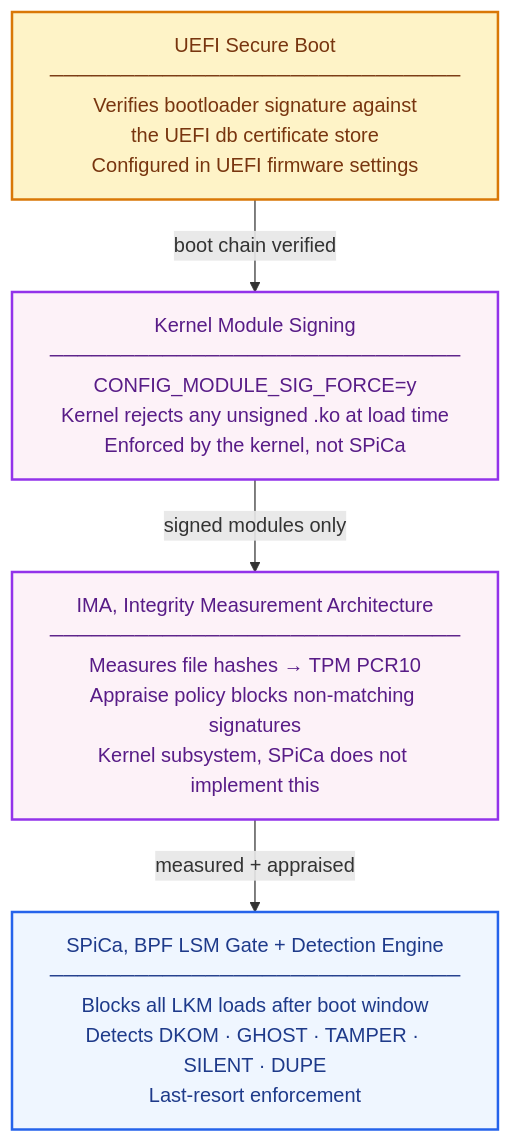
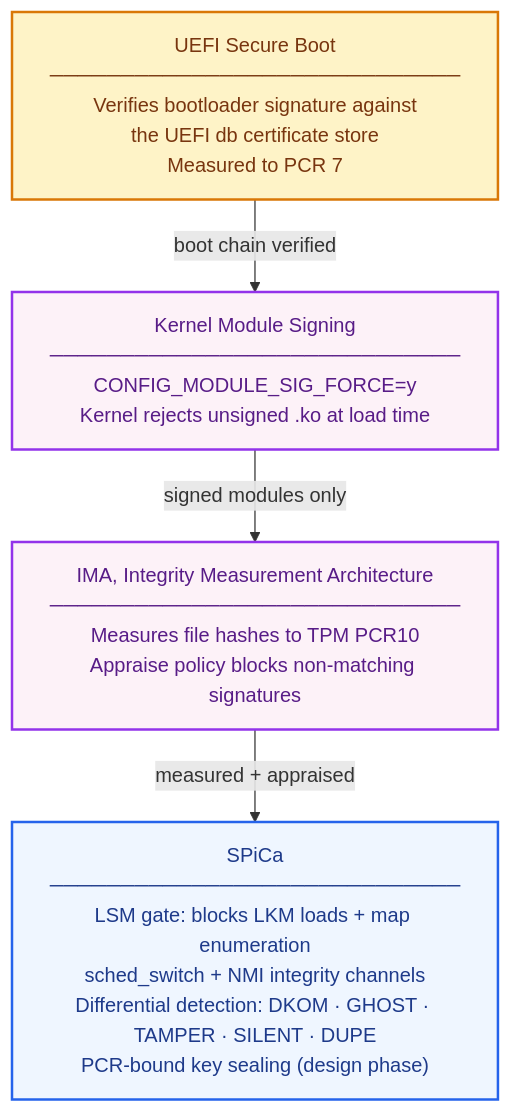
Before and after one commit to 0xKirisame/SPiCa: the second of 2 diagrams in README.md, drawn with Mermaid. The commit also changed other lines of this file and 6 other files, not shown here.

First line of the commit message:
NMI redesign: observation channel → .bss heartbeat integrity checker

````diff
--- a/README.md
+++ b/README.md
@@ -165,18 +447,18 @@
 ```mermaid
 flowchart TD
-    SB["UEFI Secure Boot<br/>─────────────────────────────<br/>Verifies bootloader signature against<br/>the UEFI db certificate store<br/>Configured in UEFI firmware settings"]
-    MS["Kernel Module Signing<br/>─────────────────────────────<br/>CONFIG_MODULE_SIG_FORCE=y<br/>Kernel rejects any unsigned .ko at load time<br/>Enforced by the kernel, not SPiCa"]
-    IMA["IMA, Integrity Measurement Architecture<br/>─────────────────────────────<br/>Measures file hashes → TPM PCR10<br/>Appraise policy blocks non-matching signatures<br/>Kernel subsystem, SPiCa does not implement this"]
-    SPICA["SPiCa, BPF LSM Gate + Detection Engine<br/>─────────────────────────────<br/>Blocks all LKM loads after boot window<br/>Detects DKOM · GHOST · TAMPER · SILENT · DUPE<br/>Last-resort enforcement"]
+    SB["UEFI Secure Boot<br/>─────────────────────────────<br/>Verifies bootloader signature against<br/>the UEFI db certificate store<br/>Measured to PCR 7"]
+    MS["Kernel Module Signing<br/>─────────────────────────────<br/>CONFIG_MODULE_SIG_FORCE=y<br/>Kernel rejects unsigned .ko at load time"]
+    IMA["IMA, Integrity Measurement Architecture<br/>─────────────────────────────<br/>Measures file hashes to TPM PCR10<br/>Appraise policy blocks non-matching signatures"]
+    SPICA["SPiCa<br/>─────────────────────────────<br/>LSM gate: blocks LKM loads + map enumeration<br/>sched_switch + NMI integrity channels<br/>Differential detection: DKOM · GHOST · TAMPER · SILENT · DUPE<br/>PCR-bound key sealing (design phase)"]
 
     SB  -->|"boot chain verified"| MS
     MS  -->|"signed modules only"| IMA
     IMA -->|"measured + appraised"| SPICA
 
     classDef firmware fill:#fef3c7,stroke:#d97706,stroke-width:2px,color:#78350f
     classDef kernel   fill:#fdf2f8,stroke:#9333ea,stroke-width:2px,color:#581c87
     classDef spica    fill:#eff6ff,stroke:#2563eb,stroke-width:2px,color:#1e3a8a
     class SB firmware
     class MS,IMA kernel
     class SPICA spica
 ```
````
